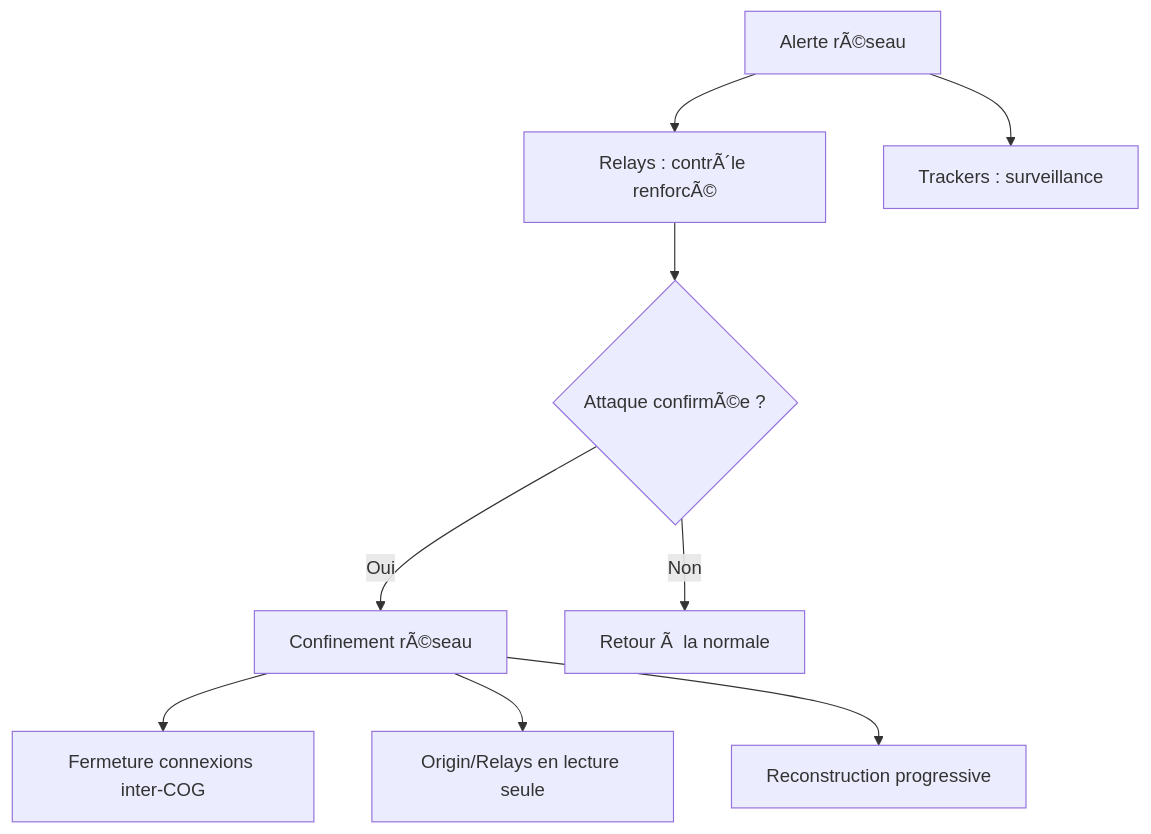
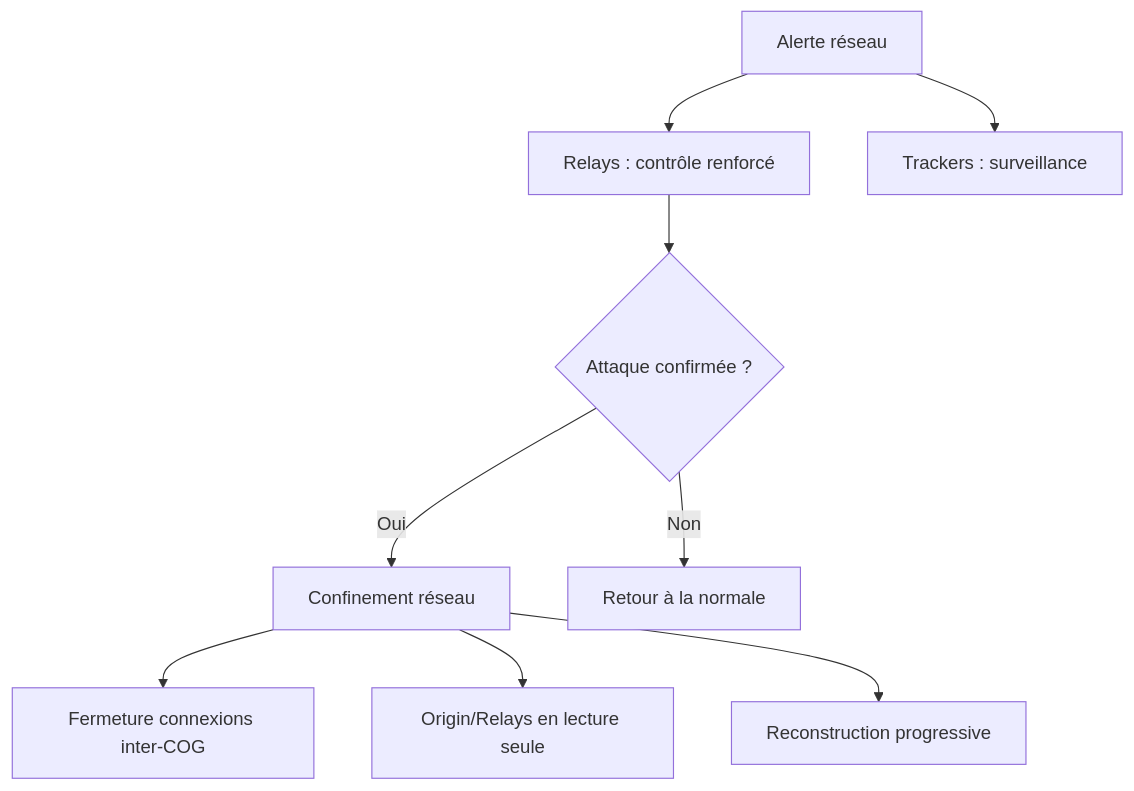
One commit to StudioMiyukini/miyukini_cog changed the fourth of 5 diagrams in docs/miyukini-webway-system/securite/MWS - Quarantaine et Blacklist.md. Above: the diagram before and after it, drawn with Mermaid. The commit also changed other lines of this file and 564 other files, not shown here.

````diff
--- a/docs/miyukini-webway-system/securite/MWS - Quarantaine et Blacklist.md
+++ b/docs/miyukini-webway-system/securite/MWS - Quarantaine et Blacklist.md
@@ -203,11 +203,11 @@
 ```mermaid
 flowchart TB
-    A[Alerte rÃ©seau] --> B[Relays : contrÃ´le renforcÃ©]
+    A[Alerte réseau] --> B[Relays : contrôle renforcé]
     A --> C[Trackers : surveillance]
-    B --> D{Attaque confirmÃ©e ?}
-    D -->|Oui| E[Confinement rÃ©seau]
-    D -->|Non| F[Retour Ã  la normale]
+    B --> D{Attaque confirmée ?}
+    D -->|Oui| E[Confinement réseau]
+    D -->|Non| F[Retour à la normale]
     E --> G[Fermeture connexions inter-COG]
     E --> H[Origin/Relays en lecture seule]
     E --> I[Reconstruction progressive]
 ```
````
